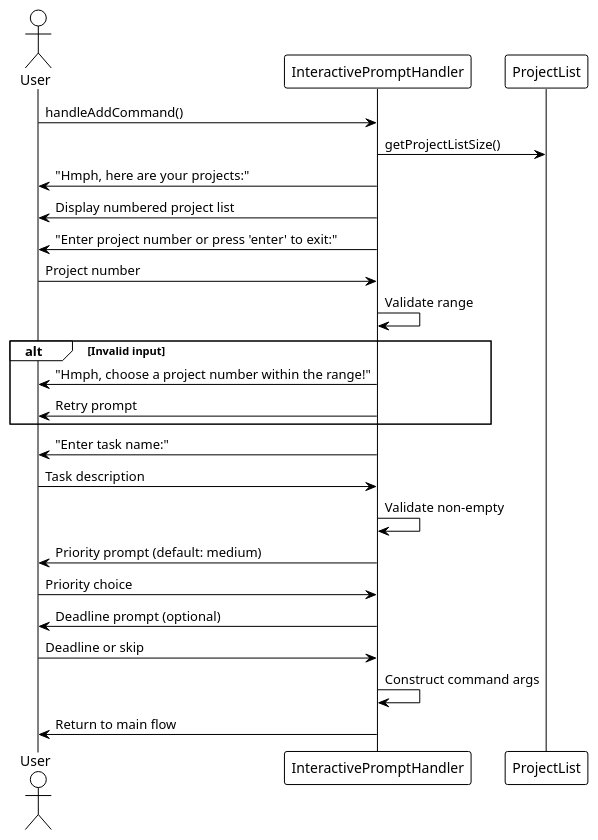
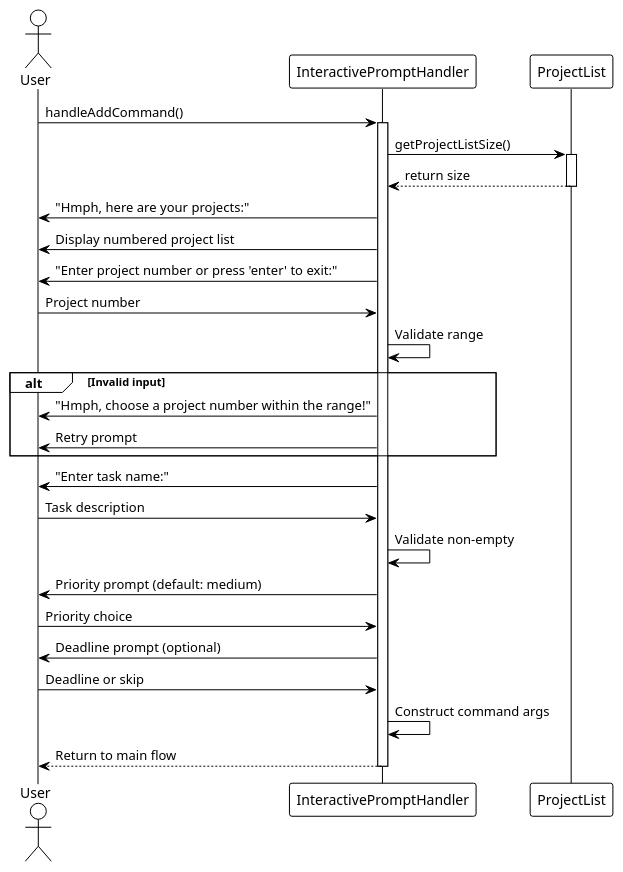
One commit to sean6369/tp changed the diagram in docs/plantUML/add_command/add-command-sequence-diagram.puml. Above: the diagram before and after it, drawn with PlantUML. The commit also changed 10 other files, not shown here.

First line of the commit message:
Update all sequence diagrams to follow proper UML standards

```diff
--- a/docs/plantUML/add_command/add-command-sequence-diagram.puml
+++ b/docs/plantUML/add_command/add-command-sequence-diagram.puml
@@ -1,31 +1,38 @@
 @startuml Add Command Sequence Diagram
 !theme plain
+skinparam classAttributeIconSize 0
+hide stereotype
 
-actor User as U
-participant InteractivePromptHandler as IPH
-participant ProjectList as PL
+actor User
+participant InteractivePromptHandler
+participant ProjectList
 
-U -> IPH: handleAddCommand()
-IPH -> PL: getProjectListSize()
-IPH -> U: "Hmph, here are your projects:"
-IPH -> U: Display numbered project list
-IPH -> U: "Enter project number or press 'enter' to exit:"
+User -> InteractivePromptHandler: handleAddCommand()
+activate InteractivePromptHandler
+InteractivePromptHandler -> ProjectList: getProjectListSize()
+activate ProjectList
+ProjectList --> InteractivePromptHandler: return size
+deactivate ProjectList
+InteractivePromptHandler -> User: "Hmph, here are your projects:"
+InteractivePromptHandler -> User: Display numbered project list
+InteractivePromptHandler -> User: "Enter project number or press 'enter' to exit:"
 
-U -> IPH: Project number
-IPH -> IPH: Validate range
+User -> InteractivePromptHandler: Project number
+InteractivePromptHandler -> InteractivePromptHandler: Validate range
 alt Invalid input
-    IPH -> U: "Hmph, choose a project number within the range!"
-    IPH -> U: Retry prompt
+    InteractivePromptHandler -> User: "Hmph, choose a project number within the range!"
+    InteractivePromptHandler -> User: Retry prompt
 end
 
-IPH -> U: "Enter task name:"
-U -> IPH: Task description
-IPH -> IPH: Validate non-empty
-IPH -> U: Priority prompt (default: medium)
-U -> IPH: Priority choice
-IPH -> U: Deadline prompt (optional)
-U -> IPH: Deadline or skip
-IPH -> IPH: Construct command args
-IPH -> U: Return to main flow
+InteractivePromptHandler -> User: "Enter task name:"
+User -> InteractivePromptHandler: Task description
+InteractivePromptHandler -> InteractivePromptHandler: Validate non-empty
+InteractivePromptHandler -> User: Priority prompt (default: medium)
+User -> InteractivePromptHandler: Priority choice
+InteractivePromptHandler -> User: Deadline prompt (optional)
+User -> InteractivePromptHandler: Deadline or skip
+InteractivePromptHandler -> InteractivePromptHandler: Construct command args
+InteractivePromptHandler --> User: Return to main flow
+deactivate InteractivePromptHandler
 
 @enduml
```
